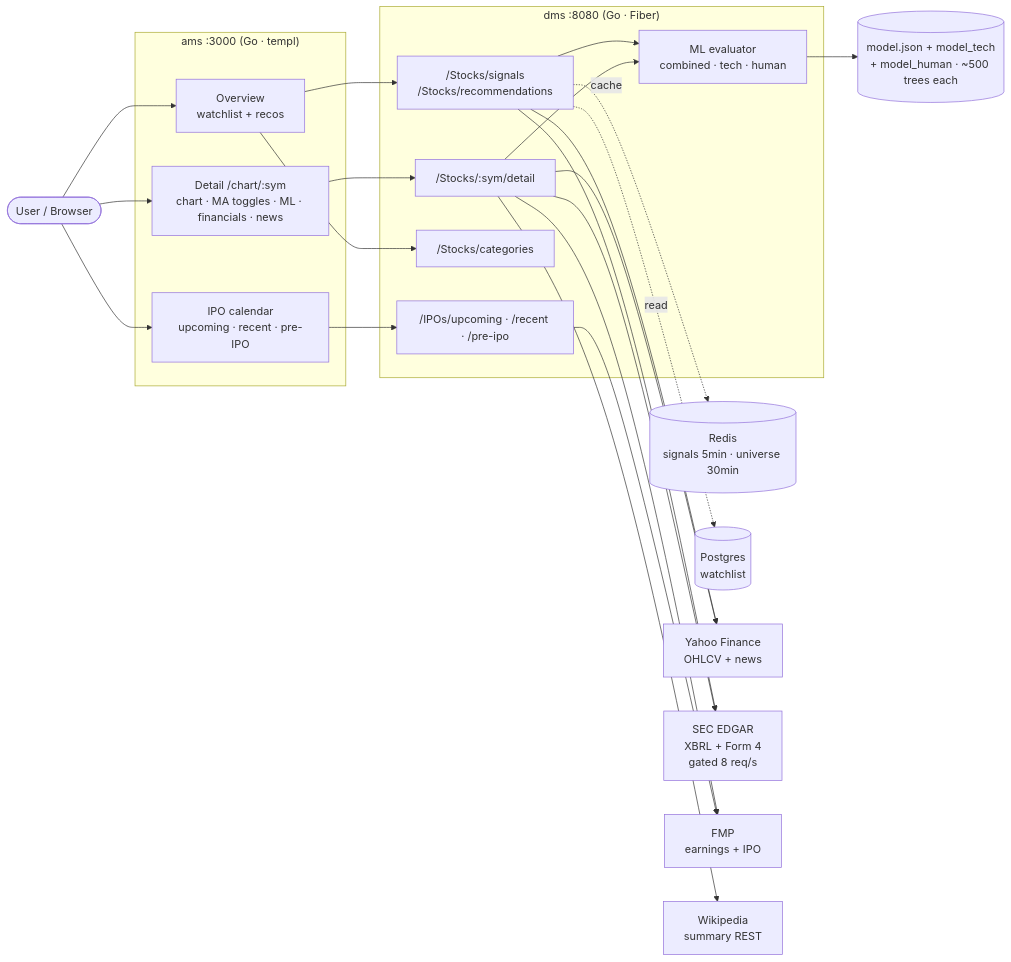
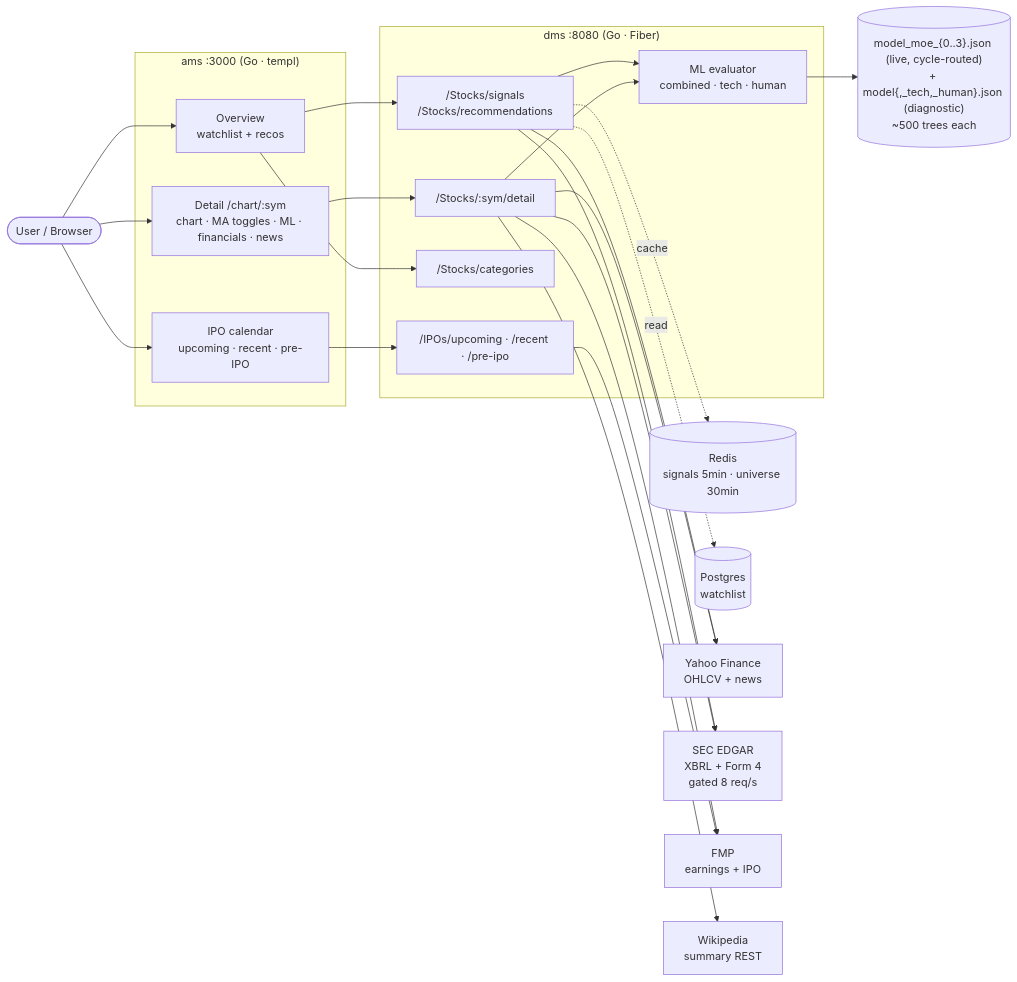
The first of 6 diagrams in README.md (NickChunglolz/stock-advisor-showcase), drawn with Mermaid before and after one commit. The commit also changed other lines of this file, not shown here.

First line of the commit message:
docs: refresh for MoE live, rolling-window eval, GDELT news, chat endpoint, 0.65 ceiling analysis

````diff
--- a/README.md
+++ b/README.md
@@ -20,38 +20,38 @@
 ```mermaid
 flowchart LR
     User([User / Browser])
 
     subgraph AMS["ams :3000 (Go · templ)"]
         Overview["Overview<br/>watchlist + recos"]
         Detail["Detail /chart/:sym<br/>chart · MA toggles · ML · financials · news"]
         IPO["IPO calendar<br/>upcoming · recent · pre-IPO"]
     end
 
     subgraph DMS["dms :8080 (Go · Fiber)"]
         Signals["/Stocks/signals<br/>/Stocks/recommendations"]
         DetailAPI["/Stocks/:sym/detail"]
         Categories["/Stocks/categories"]
         IPOAPI["/IPOs/upcoming · /recent · /pre-ipo"]
         MLEval["ML evaluator<br/>combined · tech · human"]
     end
 
     Redis[("Redis<br/>signals 5min · universe 30min")]
     PG[("Postgres<br/>watchlist")]
-    Models[("model.json + model_tech<br/>+ model_human · ~500 trees each")]
+    Models[("model_moe_{0..3}.json (live, cycle-routed)<br/>+ model{,_tech,_human}.json (diagnostic)<br/>~500 trees each")]
 
     Yahoo[Yahoo Finance<br/>OHLCV + news]
     SEC[SEC EDGAR<br/>XBRL + Form 4<br/>gated 8 req/s]
     FMP[FMP<br/>earnings + IPO]
     Wiki[Wikipedia<br/>summary REST]
 
     User --> Overview & Detail & IPO
     Overview --> Signals & Categories
     Detail --> DetailAPI
     IPO --> IPOAPI
     Signals --> Yahoo & SEC & MLEval
     DetailAPI --> Yahoo & SEC & FMP & Wiki & MLEval
     IPOAPI --> FMP
     Signals -.cache.-> Redis
     Signals -.read.-> PG
     MLEval --> Models
 ```
````
